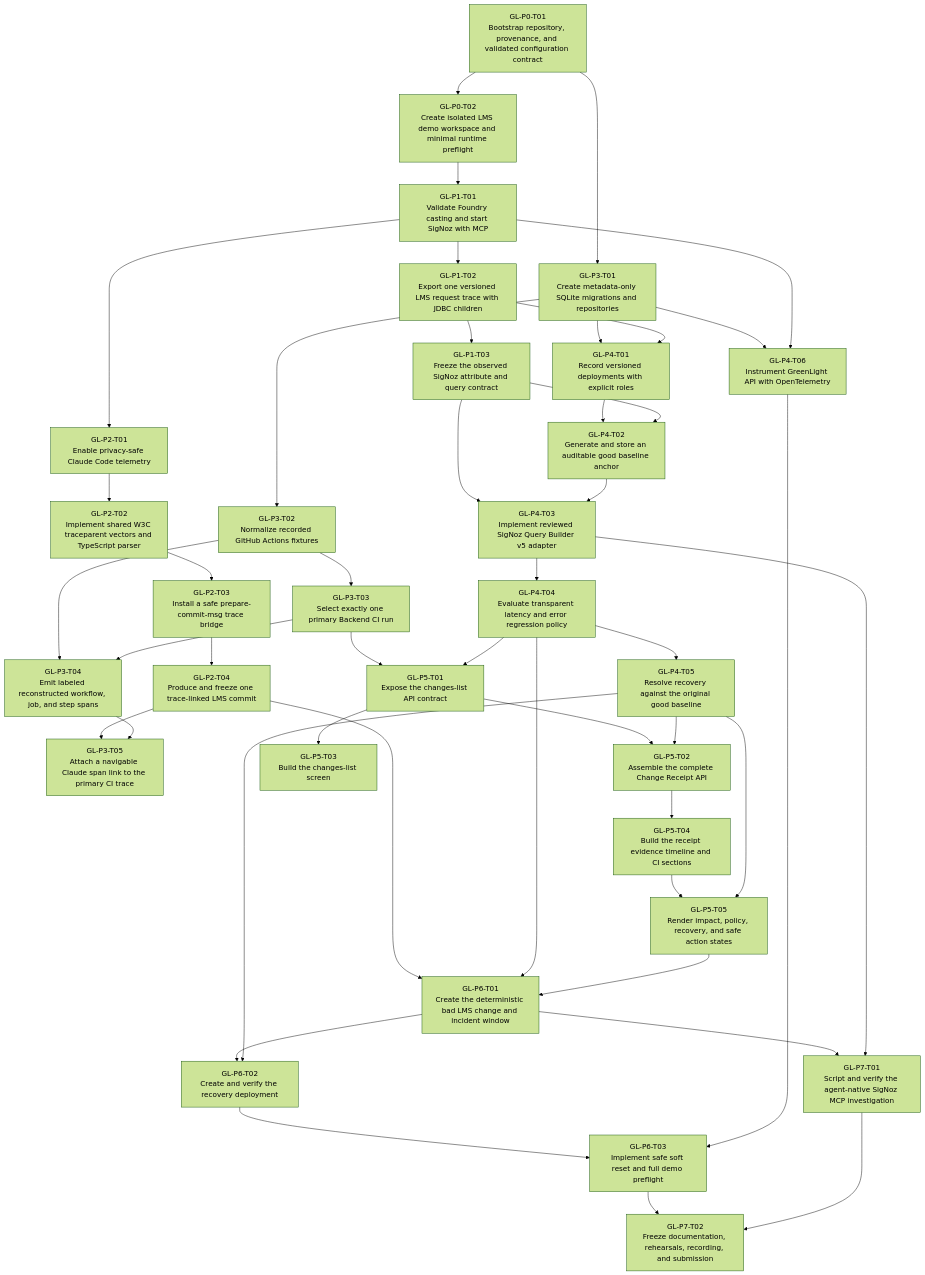
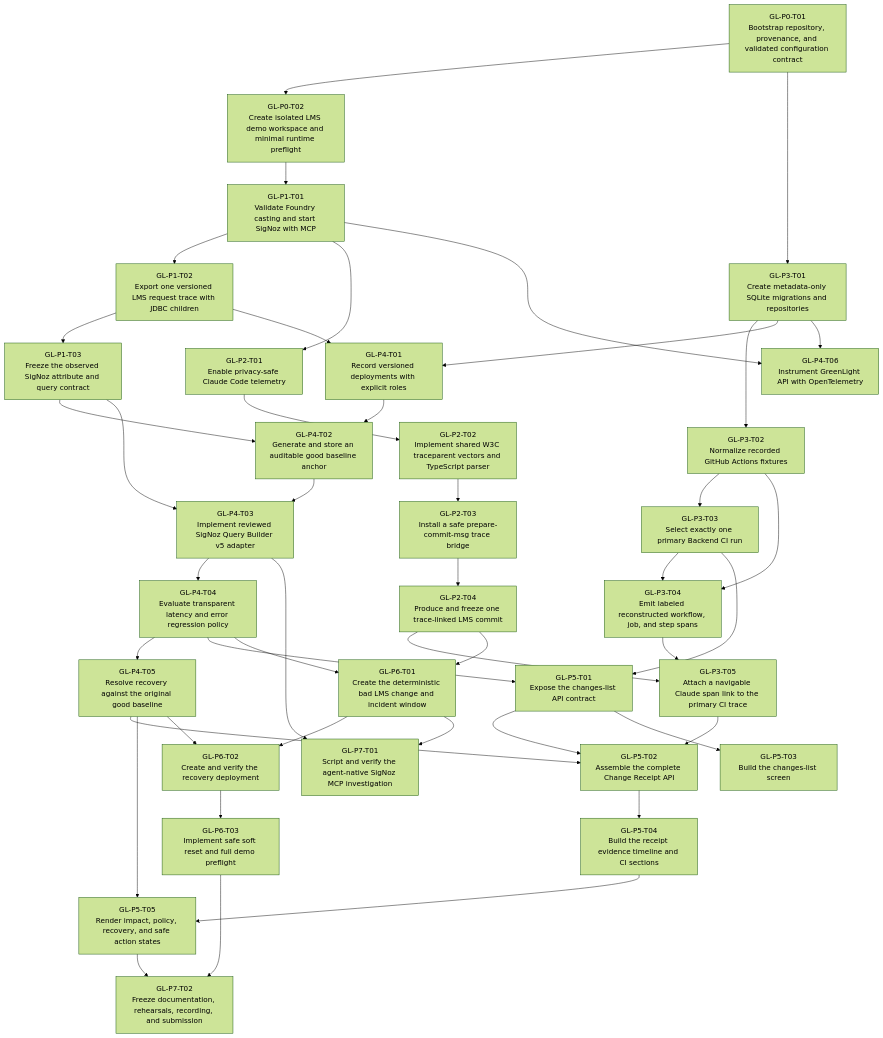
One commit to sid12701/greenlight-ai-change-flight-recorder changed the diagram in docs/DEPENDENCY_GRAPH.md. Above: the diagram before and after it, drawn with Mermaid (forest theme). The commit also changed other lines of this file and 39 other files, not shown here.

````diff
--- a/docs/DEPENDENCY_GRAPH.md
+++ b/docs/DEPENDENCY_GRAPH.md
@@ -5,77 +5,76 @@
 ```mermaid
 flowchart TD
   GL_P0_T01["GL-P0-T01<br/>Bootstrap repository, provenance, and validated configuration contract"]
   GL_P0_T02["GL-P0-T02<br/>Create isolated LMS demo workspace and minimal runtime preflight"]
   GL_P1_T01["GL-P1-T01<br/>Validate Foundry casting and start SigNoz with MCP"]
   GL_P1_T02["GL-P1-T02<br/>Export one versioned LMS request trace with JDBC children"]
   GL_P1_T03["GL-P1-T03<br/>Freeze the observed SigNoz attribute and query contract"]
   GL_P2_T01["GL-P2-T01<br/>Enable privacy-safe Claude Code telemetry"]
   GL_P2_T02["GL-P2-T02<br/>Implement shared W3C traceparent vectors and TypeScript parser"]
   GL_P2_T03["GL-P2-T03<br/>Install a safe prepare-commit-msg trace bridge"]
   GL_P2_T04["GL-P2-T04<br/>Produce and freeze one trace-linked LMS commit"]
   GL_P3_T01["GL-P3-T01<br/>Create metadata-only SQLite migrations and repositories"]
   GL_P3_T02["GL-P3-T02<br/>Normalize recorded GitHub Actions fixtures"]
   GL_P3_T03["GL-P3-T03<br/>Select exactly one primary Backend CI run"]
   GL_P3_T04["GL-P3-T04<br/>Emit labeled reconstructed workflow, job, and step spans"]
   GL_P3_T05["GL-P3-T05<br/>Attach a navigable Claude span link to the primary CI trace"]
   GL_P4_T01["GL-P4-T01<br/>Record versioned deployments with explicit roles"]
   GL_P4_T02["GL-P4-T02<br/>Generate and store an auditable good baseline anchor"]
   GL_P4_T03["GL-P4-T03<br/>Implement reviewed SigNoz Query Builder v5 adapter"]
   GL_P4_T04["GL-P4-T04<br/>Evaluate transparent latency and error regression policy"]
   GL_P4_T05["GL-P4-T05<br/>Resolve recovery against the original good baseline"]
   GL_P4_T06["GL-P4-T06<br/>Instrument GreenLight API with OpenTelemetry"]
   GL_P5_T01["GL-P5-T01<br/>Expose the changes-list API contract"]
   GL_P5_T02["GL-P5-T02<br/>Assemble the complete Change Receipt API"]
   GL_P5_T03["GL-P5-T03<br/>Build the changes-list screen"]
   GL_P5_T04["GL-P5-T04<br/>Build the receipt evidence timeline and CI sections"]
   GL_P5_T05["GL-P5-T05<br/>Render impact, policy, recovery, and safe action states"]
   GL_P6_T01["GL-P6-T01<br/>Create the deterministic bad LMS change and incident window"]
   GL_P6_T02["GL-P6-T02<br/>Create and verify the recovery deployment"]
   GL_P6_T03["GL-P6-T03<br/>Implement safe soft reset and full demo preflight"]
   GL_P7_T01["GL-P7-T01<br/>Script and verify the agent-native SigNoz MCP investigation"]
   GL_P7_T02["GL-P7-T02<br/>Freeze documentation, rehearsals, recording, and submission"]
   GL_P0_T01 --> GL_P0_T02
   GL_P0_T02 --> GL_P1_T01
   GL_P1_T01 --> GL_P1_T02
   GL_P1_T02 --> GL_P1_T03
   GL_P1_T01 --> GL_P2_T01
   GL_P2_T01 --> GL_P2_T02
   GL_P2_T02 --> GL_P2_T03
   GL_P2_T03 --> GL_P2_T04
   GL_P0_T01 --> GL_P3_T01
   GL_P3_T01 --> GL_P3_T02
   GL_P3_T02 --> GL_P3_T03
   GL_P3_T02 --> GL_P3_T04
   GL_P3_T03 --> GL_P3_T04
   GL_P2_T04 --> GL_P3_T05
   GL_P3_T04 --> GL_P3_T05
   GL_P3_T01 --> GL_P4_T01
   GL_P1_T02 --> GL_P4_T01
   GL_P4_T01 --> GL_P4_T02
   GL_P1_T03 --> GL_P4_T02
   GL_P1_T03 --> GL_P4_T03
   GL_P4_T02 --> GL_P4_T03
   GL_P4_T03 --> GL_P4_T04
   GL_P4_T04 --> GL_P4_T05
   GL_P3_T01 --> GL_P4_T06
   GL_P1_T01 --> GL_P4_T06
   GL_P3_T03 --> GL_P5_T01
   GL_P4_T04 --> GL_P5_T01
   GL_P5_T01 --> GL_P5_T02
   GL_P4_T05 --> GL_P5_T02
+  GL_P3_T05 --> GL_P5_T02
   GL_P5_T01 --> GL_P5_T03
   GL_P5_T02 --> GL_P5_T04
   GL_P5_T04 --> GL_P5_T05
   GL_P4_T05 --> GL_P5_T05
   GL_P2_T04 --> GL_P6_T01
   GL_P4_T04 --> GL_P6_T01
-  GL_P5_T05 --> GL_P6_T01
   GL_P6_T01 --> GL_P6_T02
   GL_P4_T05 --> GL_P6_T02
   GL_P6_T02 --> GL_P6_T03
-  GL_P4_T06 --> GL_P6_T03
   GL_P6_T01 --> GL_P7_T01
   GL_P4_T03 --> GL_P7_T01
   GL_P6_T03 --> GL_P7_T02
-  GL_P7_T01 --> GL_P7_T02
+  GL_P5_T05 --> GL_P7_T02
 ```
````
